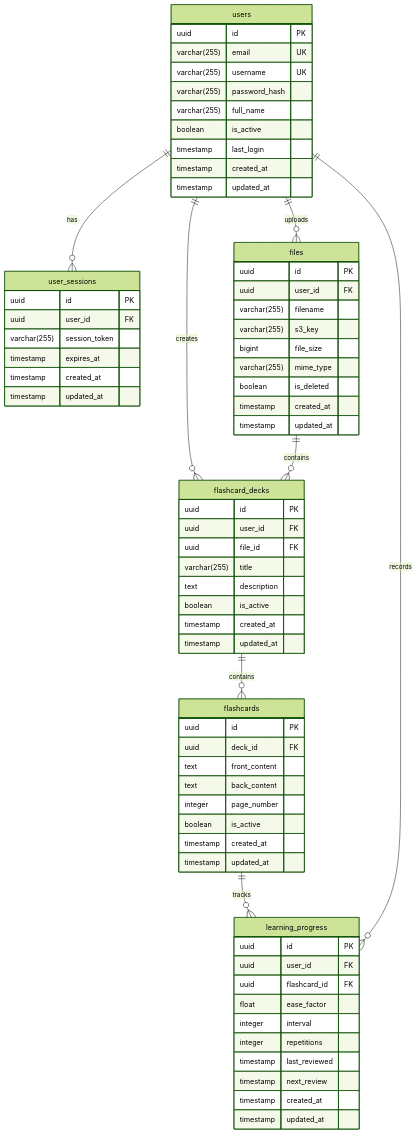
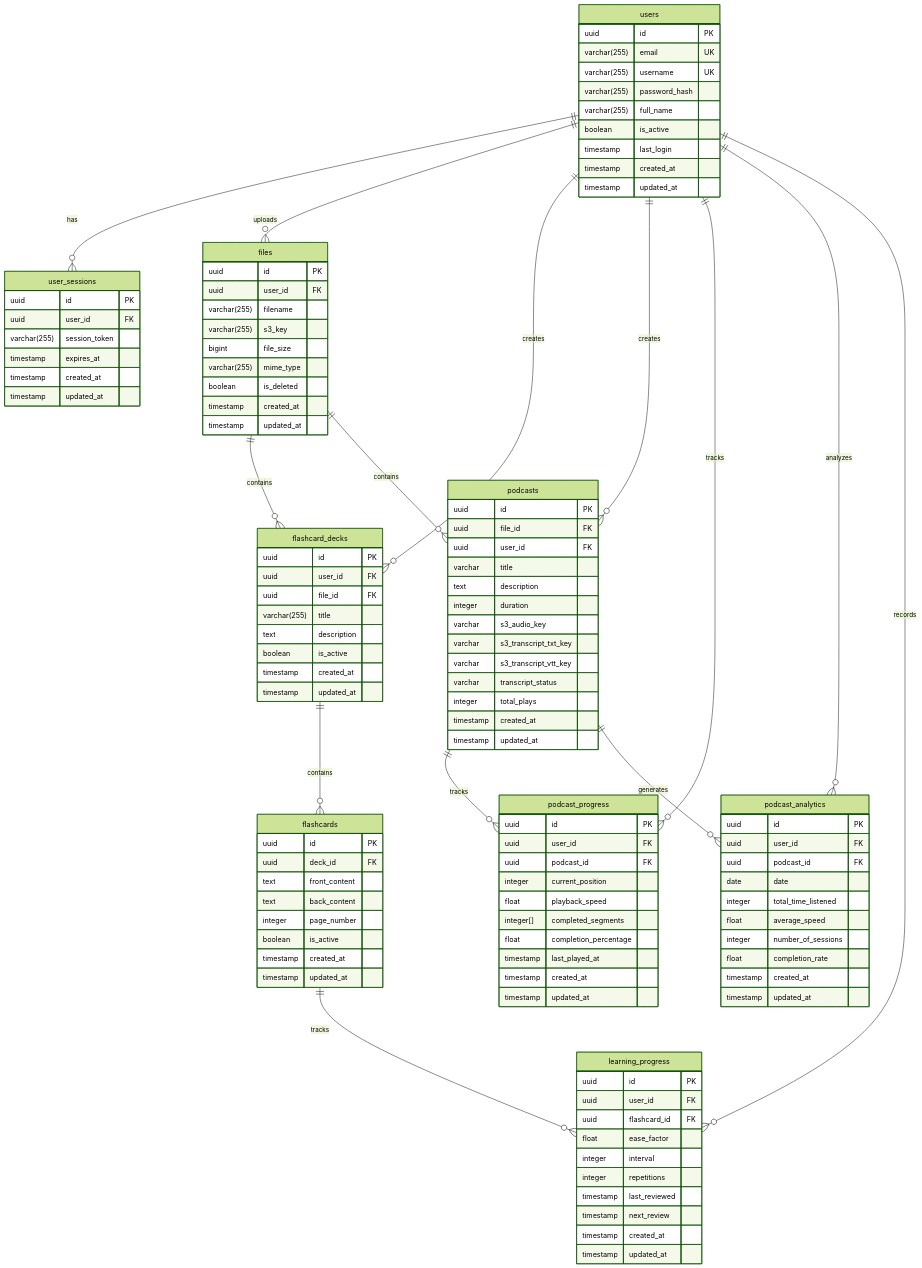
One commit to PriyaVeerabomma/LearnLab changed the diagram in notes/database_documentation.md. Above: the diagram before and after it, drawn with Mermaid (forest theme). The commit also changed other lines of this file and 17 other files, not shown here.

````diff
--- a/notes/database_documentation.md
+++ b/notes/database_documentation.md
@@ -7,10 +17,16 @@
     users ||--o{ user_sessions : has
     users ||--o{ files : uploads
     users ||--o{ flashcard_decks : creates
+    users ||--o{ podcasts : creates
+    users ||--o{ podcast_progress : tracks
+    users ||--o{ podcast_analytics : analyzes
+    users ||--o{ learning_progress : records
     files ||--o{ flashcard_decks : contains
+    files ||--o{ podcasts : contains
     flashcard_decks ||--o{ flashcards : contains
     flashcards ||--o{ learning_progress : tracks
-    users ||--o{ learning_progress : records
+    podcasts ||--o{ podcast_progress : tracks
+    podcasts ||--o{ podcast_analytics : generates
 
     users {
         uuid id PK
@@ -79,4 +95,46 @@
         timestamp created_at
         timestamp updated_at
     }
+
+    podcasts {
+        uuid id PK
+        uuid file_id FK
+        uuid user_id FK
+        varchar title
+        text description
+        integer duration
+        varchar s3_audio_key
+        varchar s3_transcript_txt_key
+        varchar s3_transcript_vtt_key
+        varchar transcript_status
+        integer total_plays
+        timestamp created_at
+        timestamp updated_at
+    }
+
+    podcast_progress {
+        uuid id PK
+        uuid user_id FK
+        uuid podcast_id FK
+        integer current_position
+        float playback_speed
+        integer[] completed_segments
+        float completion_percentage
+        timestamp last_played_at
+        timestamp created_at
+        timestamp updated_at
+    }
+
+    podcast_analytics {
+        uuid id PK
+        uuid user_id FK
+        uuid podcast_id FK
+        date date
+        integer total_time_listened
+        float average_speed
+        integer number_of_sessions
+        float completion_rate
+        timestamp created_at
+        timestamp updated_at
+    }
 ```
````
